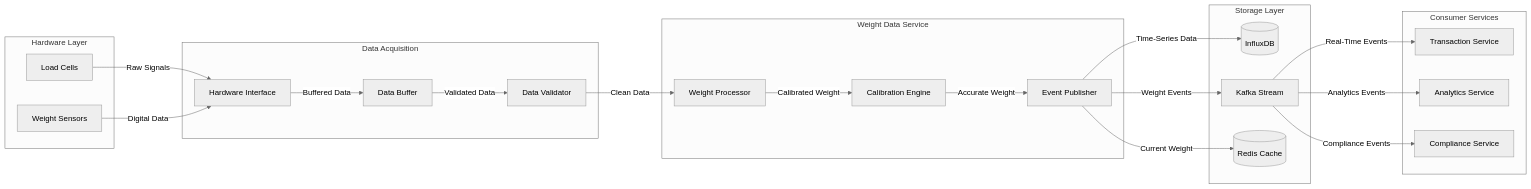
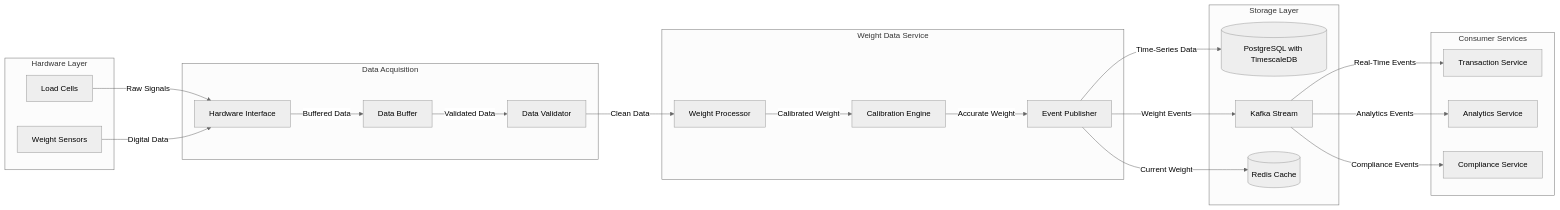
Before and after one commit to Qalitrack/qalitrackservices: the fifth of 12 diagrams in docs/c4/03-component-flows.md, drawn with Mermaid (neutral theme). The commit also changed other lines of this file and 5 other files, not shown here.

First line of the commit message:
docs(database): simplify database architecture to PostgreSQL + TimescaleDB + Redis

````diff
--- a/docs/c4/03-component-flows.md
+++ b/docs/c4/03-component-flows.md
@@ -208,48 +207,48 @@
 ```mermaid
 flowchart LR
     subgraph "Hardware Layer"
         LoadCells[Load Cells]
         Sensors[Weight Sensors]
     end
     
     subgraph "Data Acquisition"
         HardwareInterface[Hardware Interface]
         DataBuffer[Data Buffer]
         Validator[Data Validator]
     end
     
     subgraph "Weight Data Service"
         Processor[Weight Processor]
         Calibrator[Calibration Engine]
         Publisher[Event Publisher]
     end
     
     subgraph "Storage Layer"
-        InfluxDB[(InfluxDB)]
+        PostgreSQL[(PostgreSQL with TimescaleDB)]
         Kafka[Kafka Stream]
         Redis[(Redis Cache)]
     end
     
     subgraph "Consumer Services"
         TransactionSvc[Transaction Service]
         AnalyticsSvc[Analytics Service]
         ComplianceSvc[Compliance Service]
     end
 
     LoadCells -->|Raw Signals| HardwareInterface
     Sensors -->|Digital Data| HardwareInterface
     HardwareInterface -->|Buffered Data| DataBuffer
     DataBuffer -->|Validated Data| Validator
     
     Validator -->|Clean Data| Processor
     Processor -->|Calibrated Weight| Calibrator
     Calibrator -->|Accurate Weight| Publisher
     
-    Publisher -->|Time-Series Data| InfluxDB
+    Publisher -->|Time-Series Data| PostgreSQL
     Publisher -->|Weight Events| Kafka
     Publisher -->|Current Weight| Redis
     
     Kafka -->|Real-Time Events| TransactionSvc
     Kafka -->|Analytics Events| AnalyticsSvc
     Kafka -->|Compliance Events| ComplianceSvc
 ```
````
